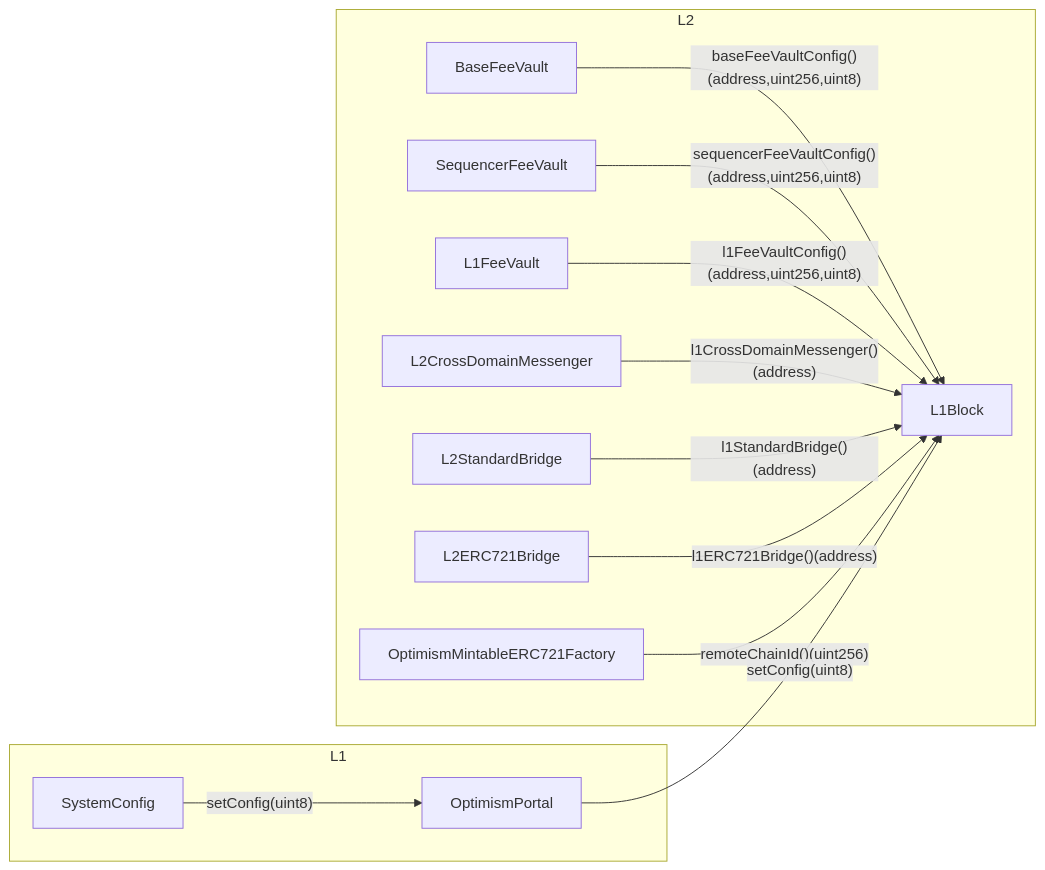
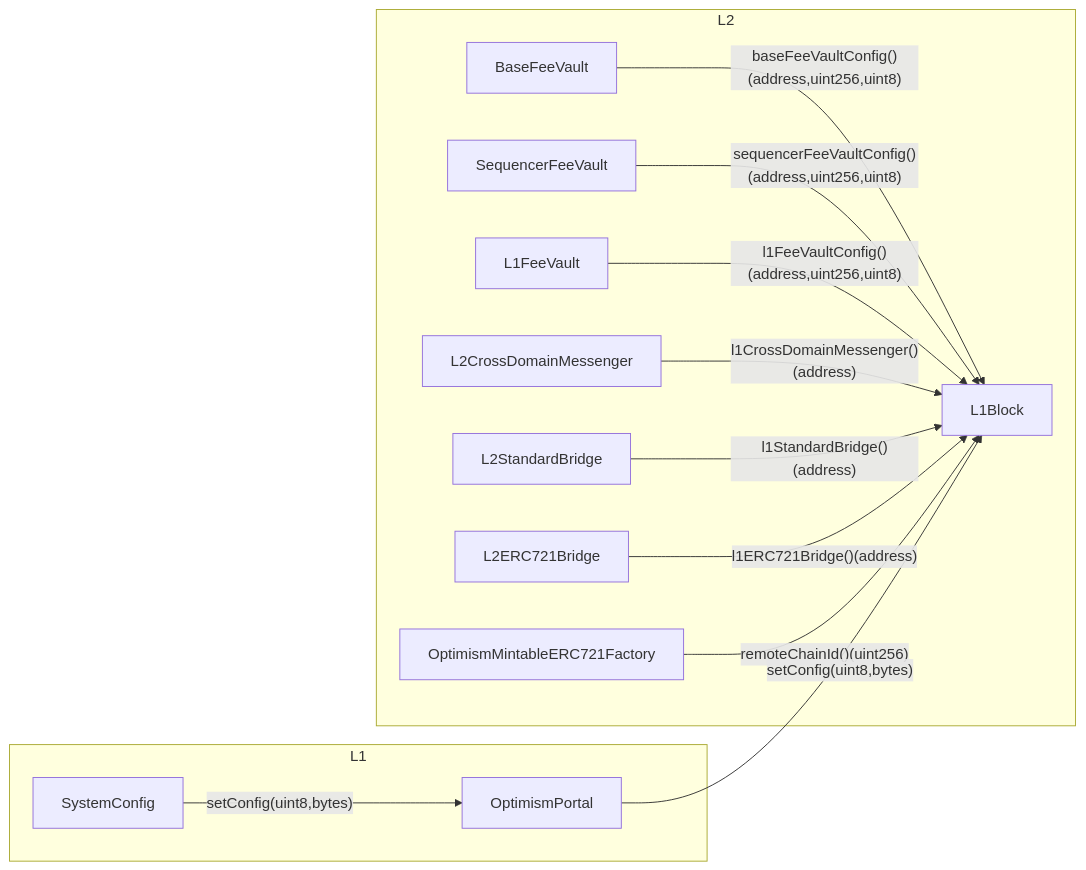
One commit to ethereum-optimism/specs changed the diagram in specs/protocol/holocene/predeploys.md. Above: the diagram before and after it, drawn with Mermaid. The commit also changed other lines of this file and 3 other files, not shown here.

````diff
--- a/specs/protocol/holocene/predeploys.md
+++ b/specs/protocol/holocene/predeploys.md
@@ -65,17 +65,17 @@
 ```mermaid
 graph LR
   subgraph L1
-  SystemConfig -- "setConfig(uint8)" --> OptimismPortal
+  SystemConfig -- "setConfig(uint8,bytes)" --> OptimismPortal
   end
   subgraph L2
   L1Block
   BaseFeeVault -- "baseFeeVaultConfig()(address,uint256,uint8)" --> L1Block
   SequencerFeeVault -- "sequencerFeeVaultConfig()(address,uint256,uint8)" --> L1Block
   L1FeeVault -- "l1FeeVaultConfig()(address,uint256,uint8)" --> L1Block
   L2CrossDomainMessenger -- "l1CrossDomainMessenger()(address)" --> L1Block
   L2StandardBridge -- "l1StandardBridge()(address)" --> L1Block
   L2ERC721Bridge -- "l1ERC721Bridge()(address)" --> L1Block
   OptimismMintableERC721Factory -- "remoteChainId()(uint256)" --> L1Block
   end
-  OptimismPortal -- "setConfig(uint8)" --> L1Block
+  OptimismPortal -- "setConfig(uint8,bytes)" --> L1Block
 ```
````
